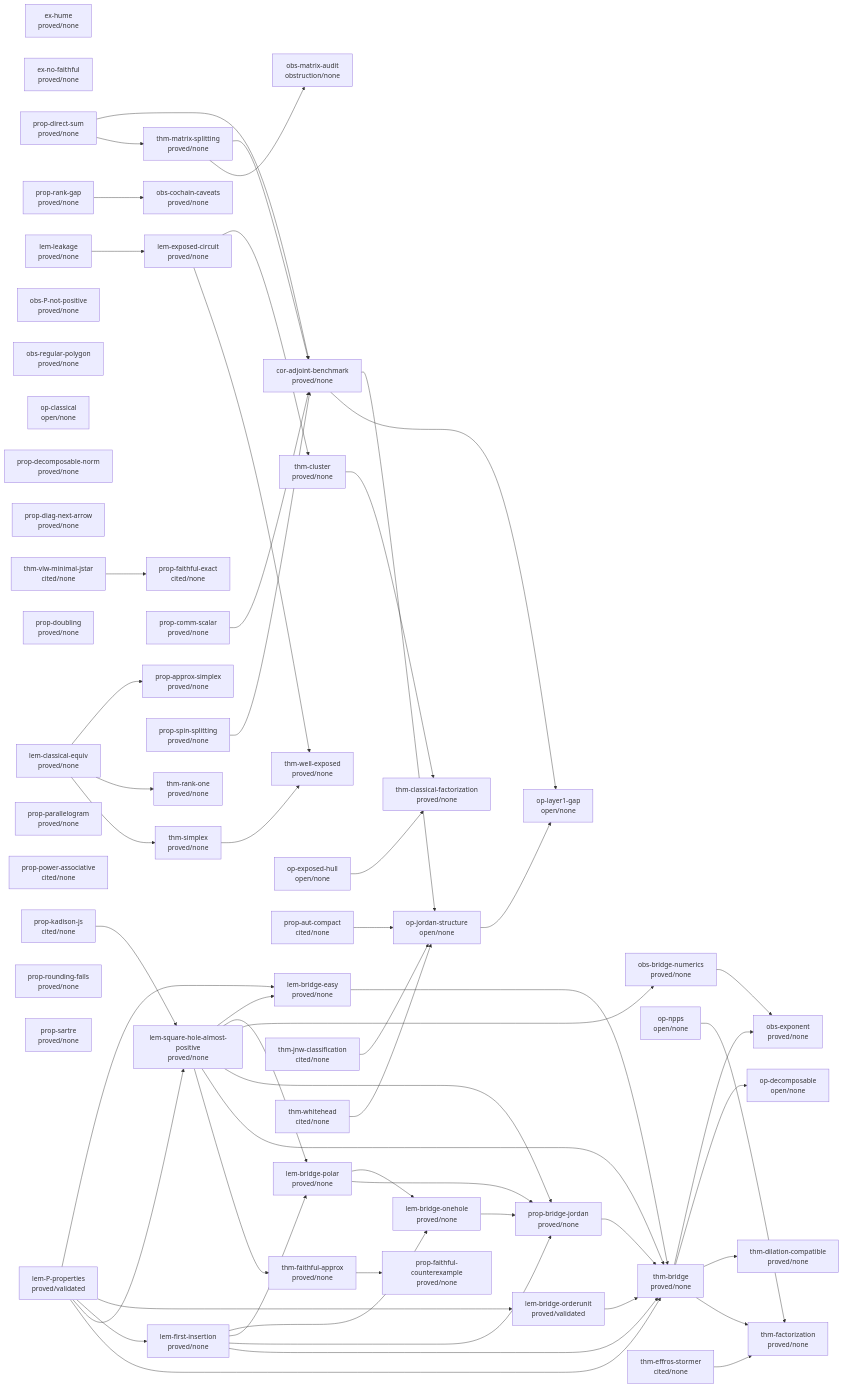
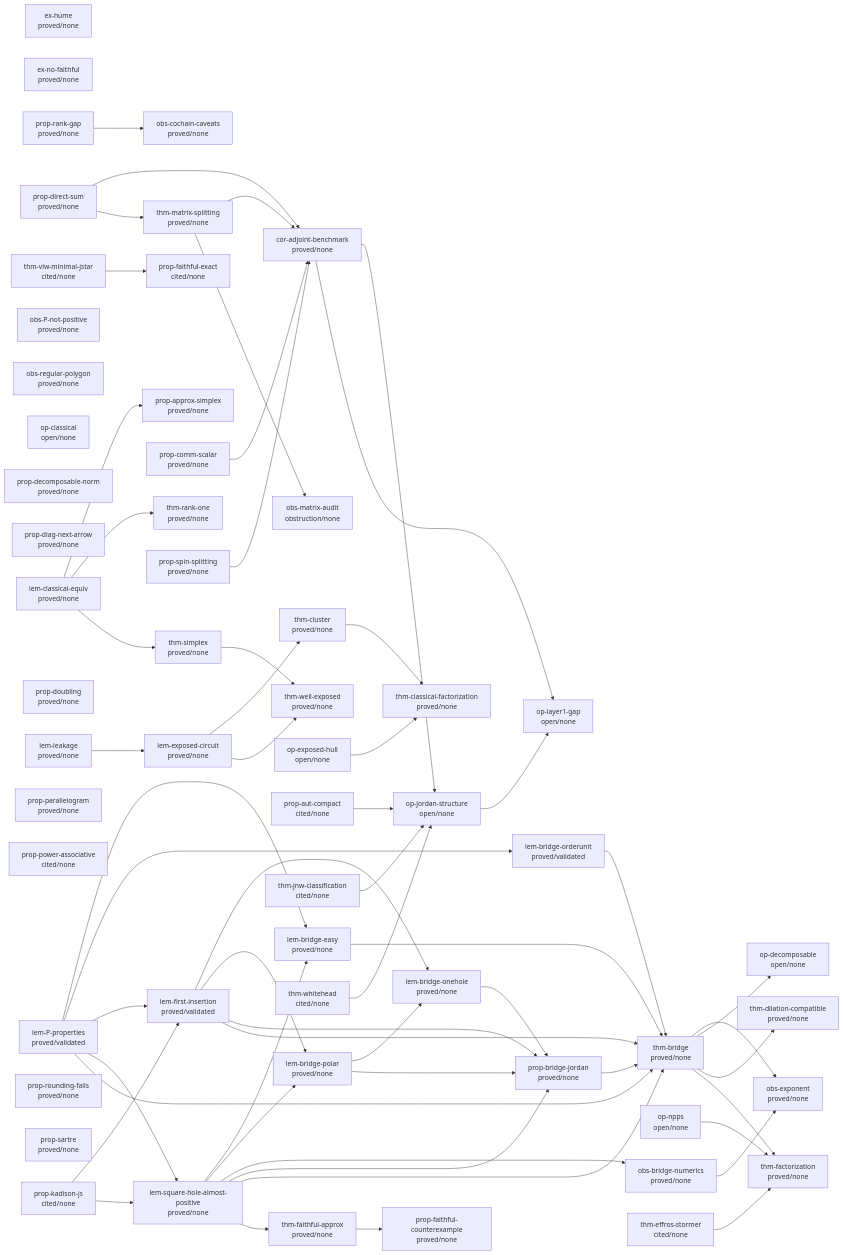
The diagram in argument/DAG.md (tobiasosborne/almost-idempotent-positive-maps), drawn with Mermaid before and after one commit. The commit also changed other lines of this file and 46 other files, not shown here.

```diff
--- a/argument/DAG.md
+++ b/argument/DAG.md
@@ -13,7 +13,7 @@
   lem-bridge-polar["lem-bridge-polar<br/>proved/none"]
   lem-classical-equiv["lem-classical-equiv<br/>proved/none"]
   lem-exposed-circuit["lem-exposed-circuit<br/>proved/none"]
-  lem-first-insertion["lem-first-insertion<br/>proved/none"]
+  lem-first-insertion["lem-first-insertion<br/>proved/validated"]
   lem-leakage["lem-leakage<br/>proved/none"]
   lem-square-hole-almost-positive["lem-square-hole-almost-positive<br/>proved/none"]
   obs-P-not-positive["obs-P-not-positive<br/>proved/none"]
@@ -72,6 +72,7 @@
   lem-square-hole-almost-positive --> lem-bridge-polar
   lem-leakage --> lem-exposed-circuit
   lem-P-properties --> lem-first-insertion
+  prop-kadison-js --> lem-first-insertion
   lem-P-properties --> lem-square-hole-almost-positive
   prop-kadison-js --> lem-square-hole-almost-positive
   lem-square-hole-almost-positive --> obs-bridge-numerics
```
